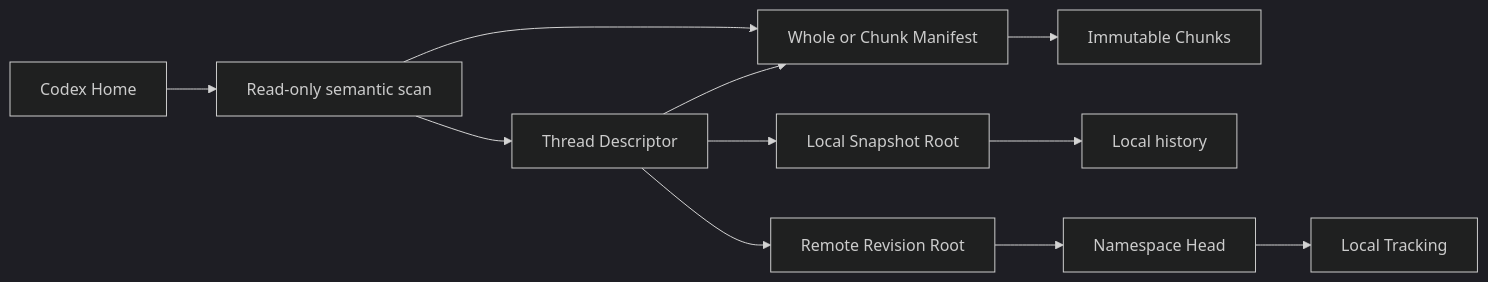
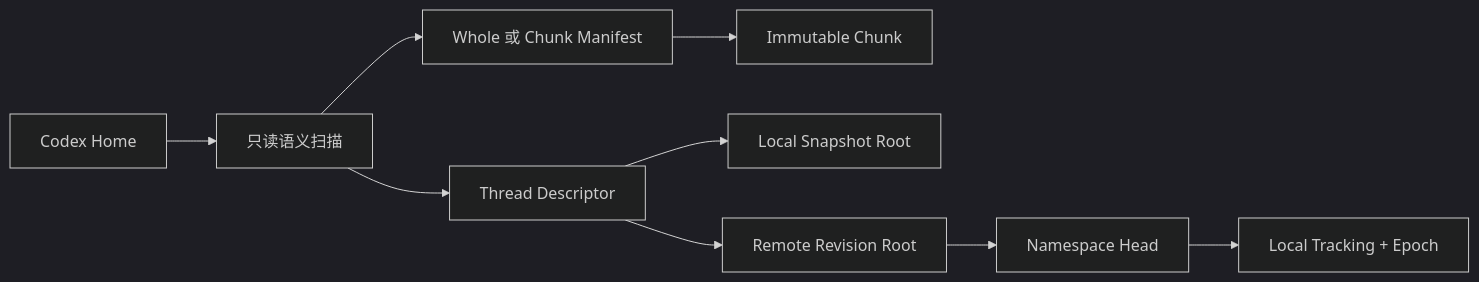
Before and after one commit to 2498950046/codex-session-sync: the diagram in IMPLEMENTATION_PLAN.md, drawn with Mermaid (dark theme). The commit also changed other lines of this file and 1 other file, not shown here.

````diff
--- a/IMPLEMENTATION_PLAN.md
+++ b/IMPLEMENTATION_PLAN.md
@@ -123,13 +21,11 @@
 ```mermaid
 flowchart LR
-    Home["Codex Home"] --> Scan["Read-only semantic scan"]
-    Scan --> TD["Thread Descriptor"]
-    Scan --> Content["Whole or Chunk Manifest"]
-    Content --> Chunk["Immutable Chunks"]
-    TD --> Content
-    TD --> SnapshotRoot["Local Snapshot Root"]
-    TD --> RevisionRoot["Remote Revision Root"]
-    SnapshotRoot --> LocalHistory["Local history"]
-    RevisionRoot --> NamespaceHead["Namespace Head"]
-    NamespaceHead --> Tracking["Local Tracking"]
+  Home[Codex Home] --> Scan[只读语义扫描]
+  Scan --> Descriptor[Thread Descriptor]
+  Scan --> Content[Whole 或 Chunk Manifest]
+  Content --> Chunk[Immutable Chunk]
+  Descriptor --> Snapshot[Local Snapshot Root]
+  Descriptor --> Revision[Remote Revision Root]
+  Revision --> Namespace[Namespace Head]
+  Namespace --> Tracking[Local Tracking + Epoch]
 ```
````
